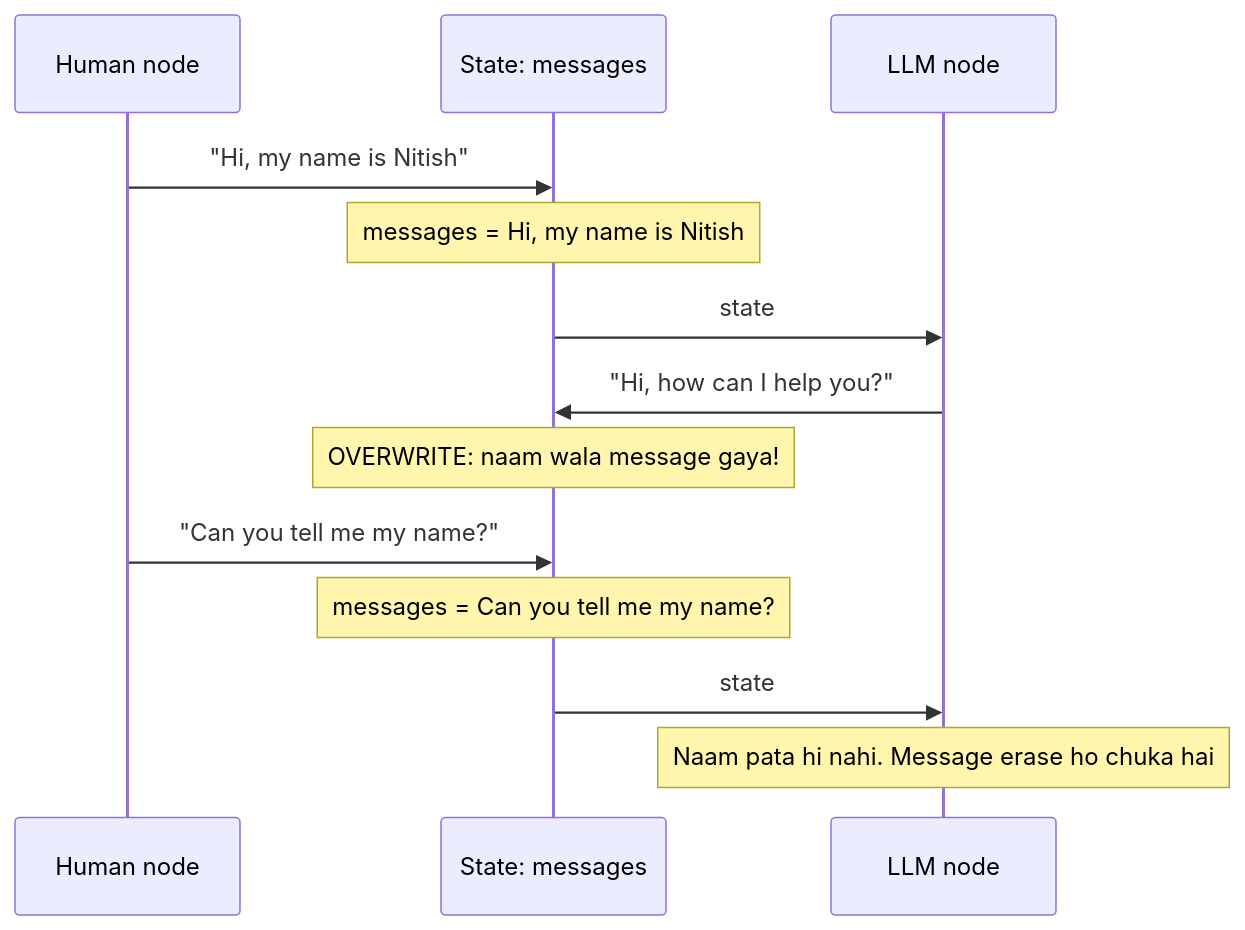
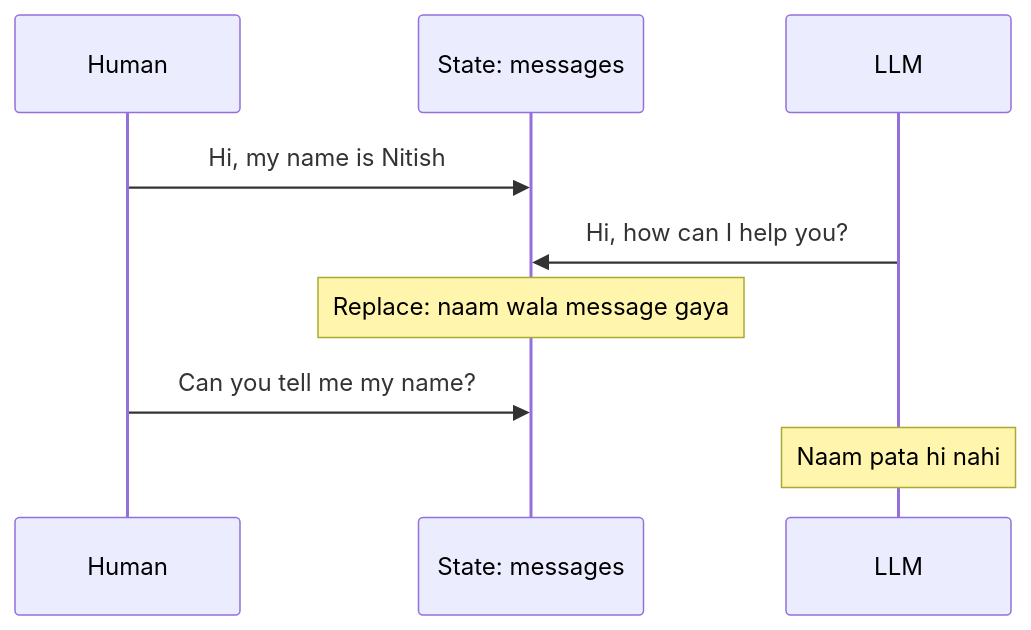
Diagram 13 of 18 in V04-LangGraph core concepts/README.md (pallav2712/langGraph-campusx-notes), drawn with Mermaid before and after one commit. The commit also changed other lines of this file, not shown here.

Commit message:
v04 langGraph core concepts updated graphs and notes balanced

````diff
--- a/V04-LangGraph core concepts/README.md
+++ b/V04-LangGraph core concepts/README.md
@@ -444,15 +427,11 @@
 ```mermaid
 sequenceDiagram
-    participant H as Human node
+    participant H as Human
     participant S as State: messages
-    participant L as LLM node
-    H->>S: "Hi, my name is Nitish"
-    Note over S: messages = Hi, my name is Nitish
-    S->>L: state
-    L->>S: "Hi, how can I help you?"
-    Note over S: OVERWRITE: naam wala message gaya!
-    H->>S: "Can you tell me my name?"
-    Note over S: messages = Can you tell me my name?
-    S->>L: state
-    Note over L: Naam pata hi nahi. Message erase ho chuka hai
+    participant L as LLM
+    H->>S: Hi, my name is Nitish
+    L->>S: Hi, how can I help you?
+    Note over S: Replace: naam wala message gaya
+    H->>S: Can you tell me my name?
+    Note over L: Naam pata hi nahi
 ```
````
